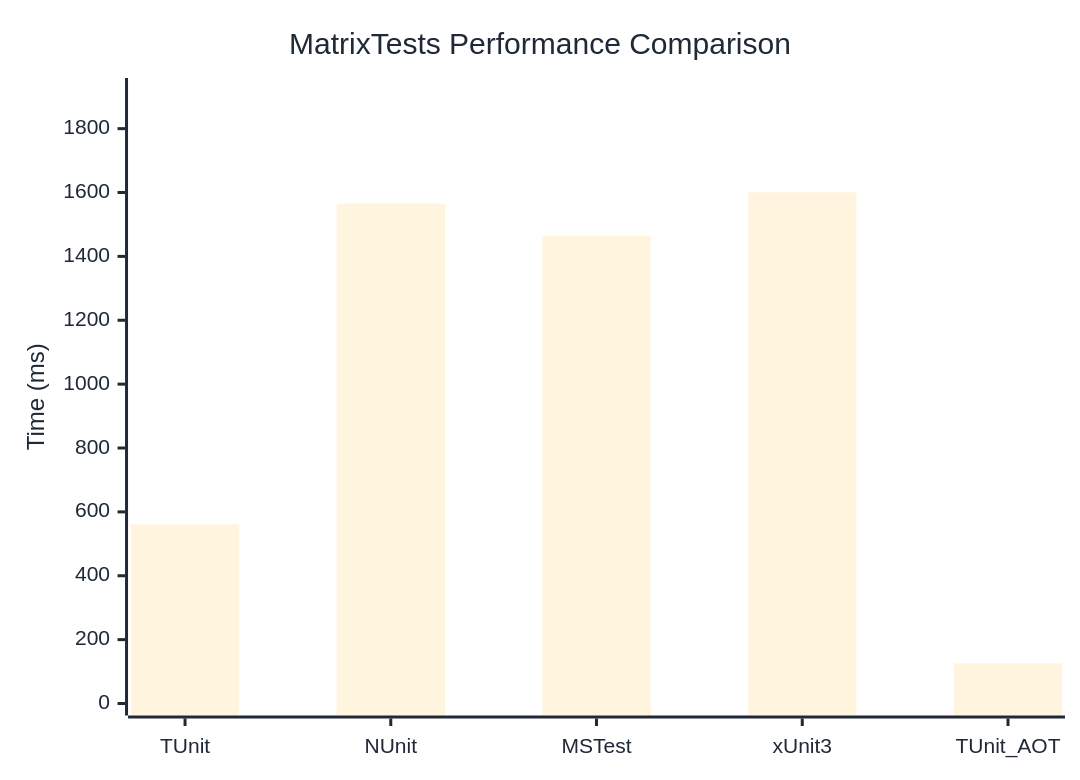
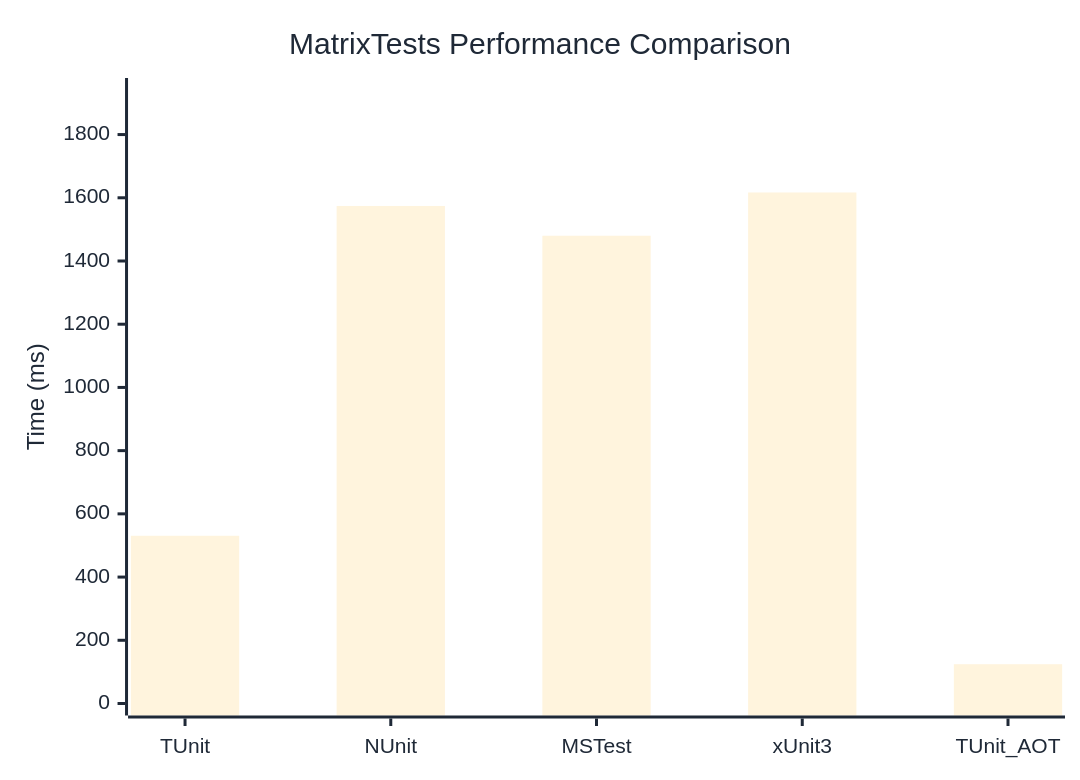
Before and after one commit to thomhurst/TUnit: the diagram in docs/docs/benchmarks/MatrixTests.md, drawn with Mermaid. The commit also changed other lines of this file and 17 other files, not shown here.

````diff
--- a/docs/docs/benchmarks/MatrixTests.md
+++ b/docs/docs/benchmarks/MatrixTests.md
@@ -27,37 +27,37 @@
 ```mermaid
 %%{init: {
   'theme':'base',
   'themeVariables': {
     'primaryColor': '#2563eb',
     'primaryTextColor': '#1f2937',
     'primaryBorderColor': '#1e40af',
     'lineColor': '#6b7280',
     'secondaryColor': '#7c3aed',
     'tertiaryColor': '#dc2626',
     'background': '#ffffff',
     'mainBkg': '#2563eb',
     'secondBkg': '#7c3aed',
     'tertiaryBkg': '#dc2626',
     'clusterBkg': '#f3f4f6',
     'edgeLabelBackground': '#ffffff',
     'tertiaryTextColor': '#1f2937',
     'pie1': '#2563eb',
     'pie2': '#7c3aed',
     'pie3': '#dc2626',
     'pie4': '#f59e0b',
     'pie5': '#10b981',
     'pie6': '#06b6d4',
     'pie7': '#ec4899',
     'pie8': '#6366f1',
     'pie9': '#84cc16',
     'pie10': '#f97316',
     'pie11': '#14b8a6',
     'pie12': '#a855f7'
   }
 }}%%
 xychart-beta
   title "MatrixTests Performance Comparison"
   x-axis ["TUnit", "NUnit", "MSTest", "xUnit3", "TUnit_AOT"]
-  y-axis "Time (ms)" 0 --> 1921
-  bar [560.7, 1565.3, 1464.7, 1600.7, 126.2]
+  y-axis "Time (ms)" 0 --> 1941
+  bar [530.7, 1574.1, 1479.9, 1616.8, 124.3]
 ```
````
